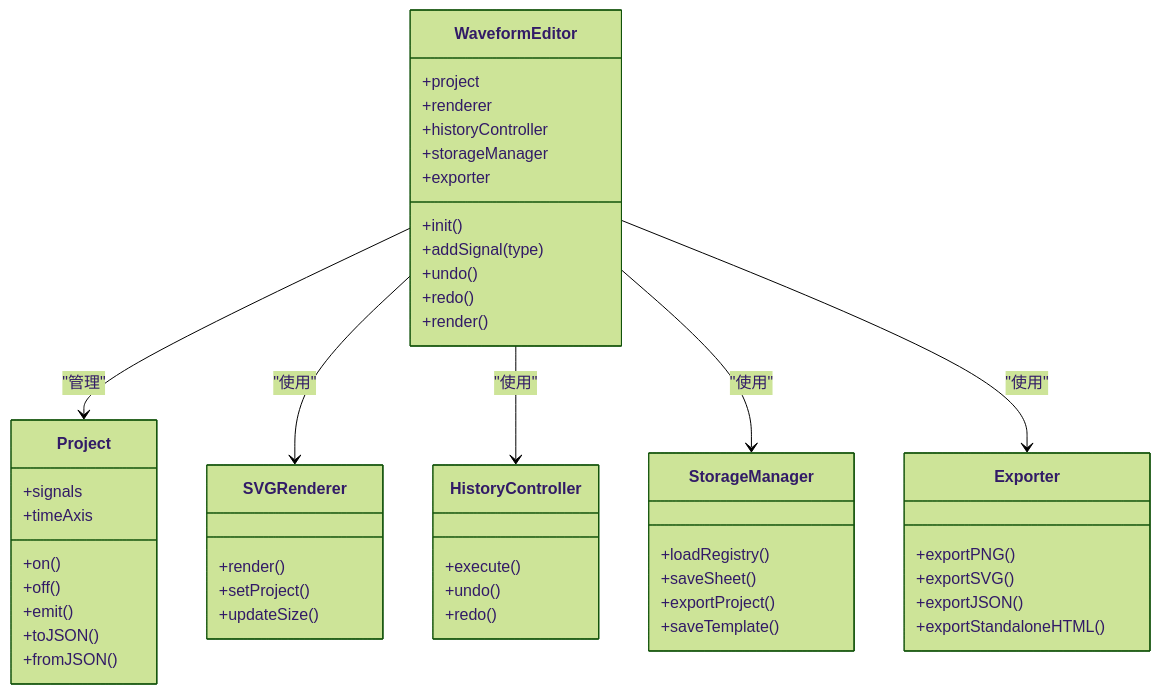
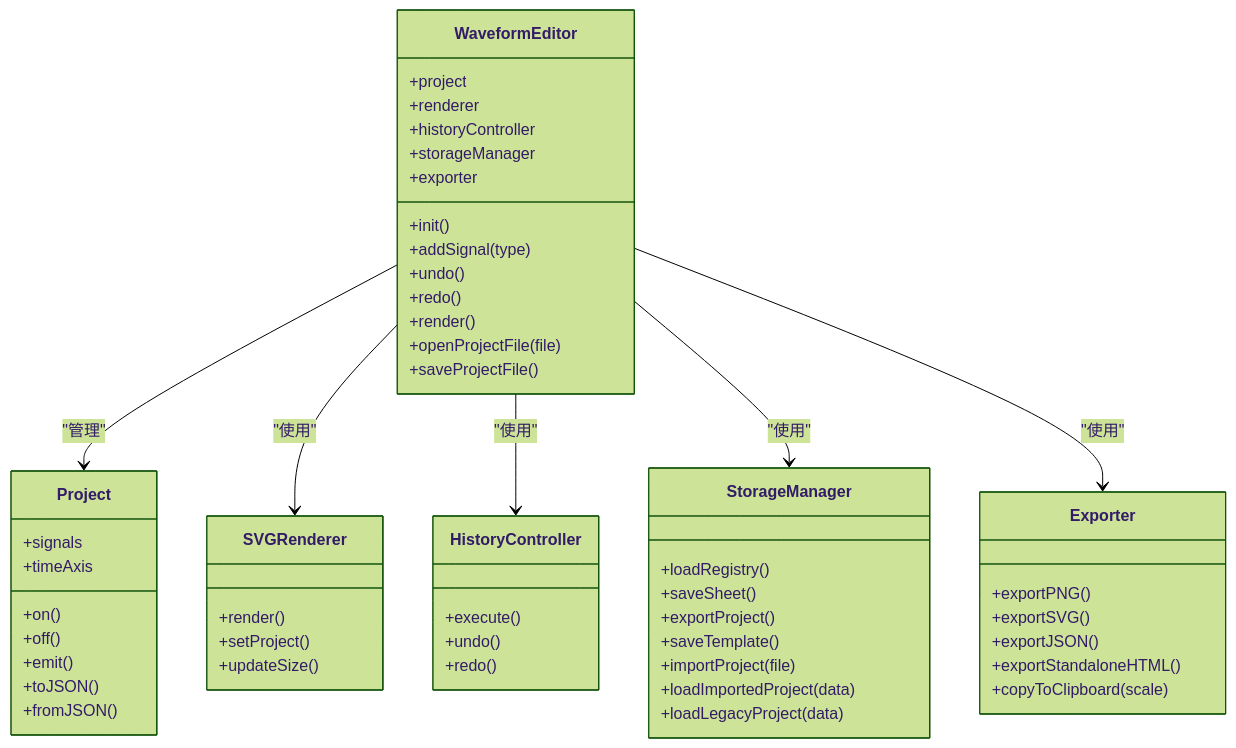
Before and after one commit to nht123456/waveform-editor: the fifth of 6 diagrams in .qoder/repowiki/zh/content/开发与构建.md, drawn with Mermaid (forest theme). The commit also changed other lines of this file and 9 other files, not shown here.

````diff
--- a/.qoder/repowiki/zh/content/开发与构建.md
+++ b/.qoder/repowiki/zh/content/开发与构建.md
@@ -204,51 +208,57 @@
 ```mermaid
 classDiagram
 class WaveformEditor {
 +project
 +renderer
 +historyController
 +storageManager
 +exporter
 +init()
 +addSignal(type)
 +undo()
 +redo()
 +render()
++openProjectFile(file)
++saveProjectFile()
 }
 class Project {
 +signals
 +timeAxis
 +on()
 +off()
 +emit()
 +toJSON()
 +fromJSON()
 }
 class SVGRenderer {
 +render()
 +setProject()
 +updateSize()
 }
 class HistoryController {
 +execute()
 +undo()
 +redo()
 }
 class StorageManager {
 +loadRegistry()
 +saveSheet()
 +exportProject()
 +saveTemplate()
++importProject(file)
++loadImportedProject(data)
++loadLegacyProject(data)
 }
 class Exporter {
 +exportPNG()
 +exportSVG()
 +exportJSON()
 +exportStandaloneHTML()
++copyToClipboard(scale)
 }
 WaveformEditor --> Project : "管理"
 WaveformEditor --> SVGRenderer : "使用"
 WaveformEditor --> HistoryController : "使用"
 WaveformEditor --> StorageManager : "使用"
 WaveformEditor --> Exporter : "使用"
 ```
````
